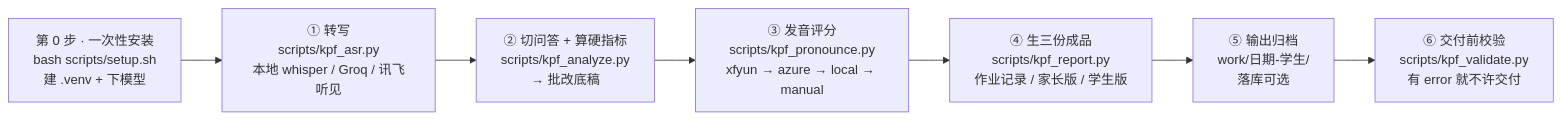
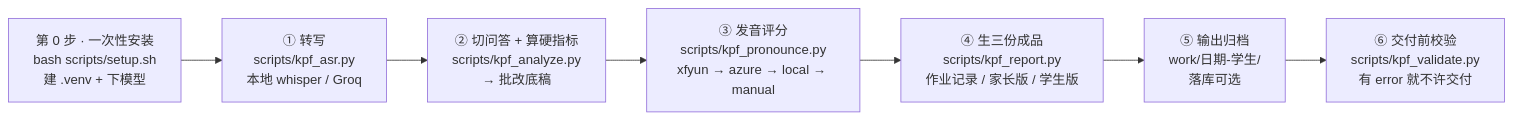
Before and after one commit to dongruiyue/kpf-speaking-grading: the diagram in README.md, drawn with Mermaid. The commit also changed other lines of this file and 11 other files, not shown here.

````diff
--- a/README.md
+++ b/README.md
@@ -14,10 +14,10 @@
 ```mermaid
 flowchart LR
     S0["第 0 步 · 一次性安装<br/>bash scripts/setup.sh<br/>建 .venv + 下模型"] --> S1
-    S1["① 转写<br/>scripts/kpf_asr.py<br/>本地 whisper / Groq / 讯飞听见"] --> S2
+    S1["① 转写<br/>scripts/kpf_asr.py<br/>本地 whisper / Groq"] --> S2
     S2["② 切问答 + 算硬指标<br/>scripts/kpf_analyze.py<br/>→ 批改底稿"] --> S3
     S3["③ 发音评分<br/>scripts/kpf_pronounce.py<br/>xfyun → azure → local → manual"] --> S4
     S4["④ 生三份成品<br/>scripts/kpf_report.py<br/>作业记录 / 家长版 / 学生版"] --> S5
     S5["⑤ 输出归档<br/>work/日期-学生/<br/>落库可选"] --> S6
     S6["⑥ 交付前校验<br/>scripts/kpf_validate.py<br/>有 error 就不许交付"]
 ```
````
